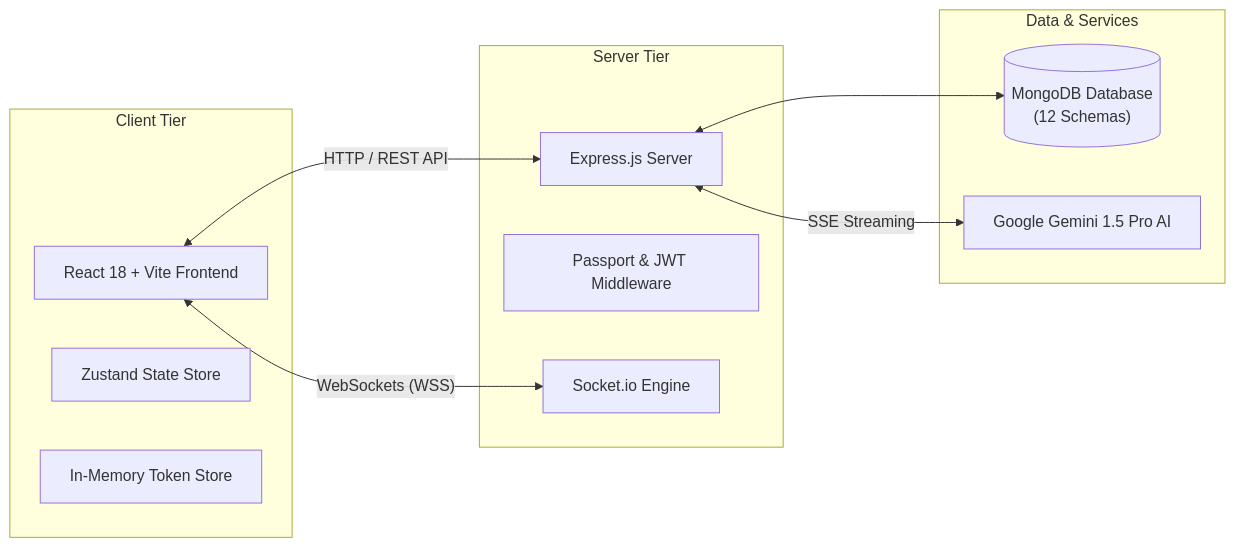
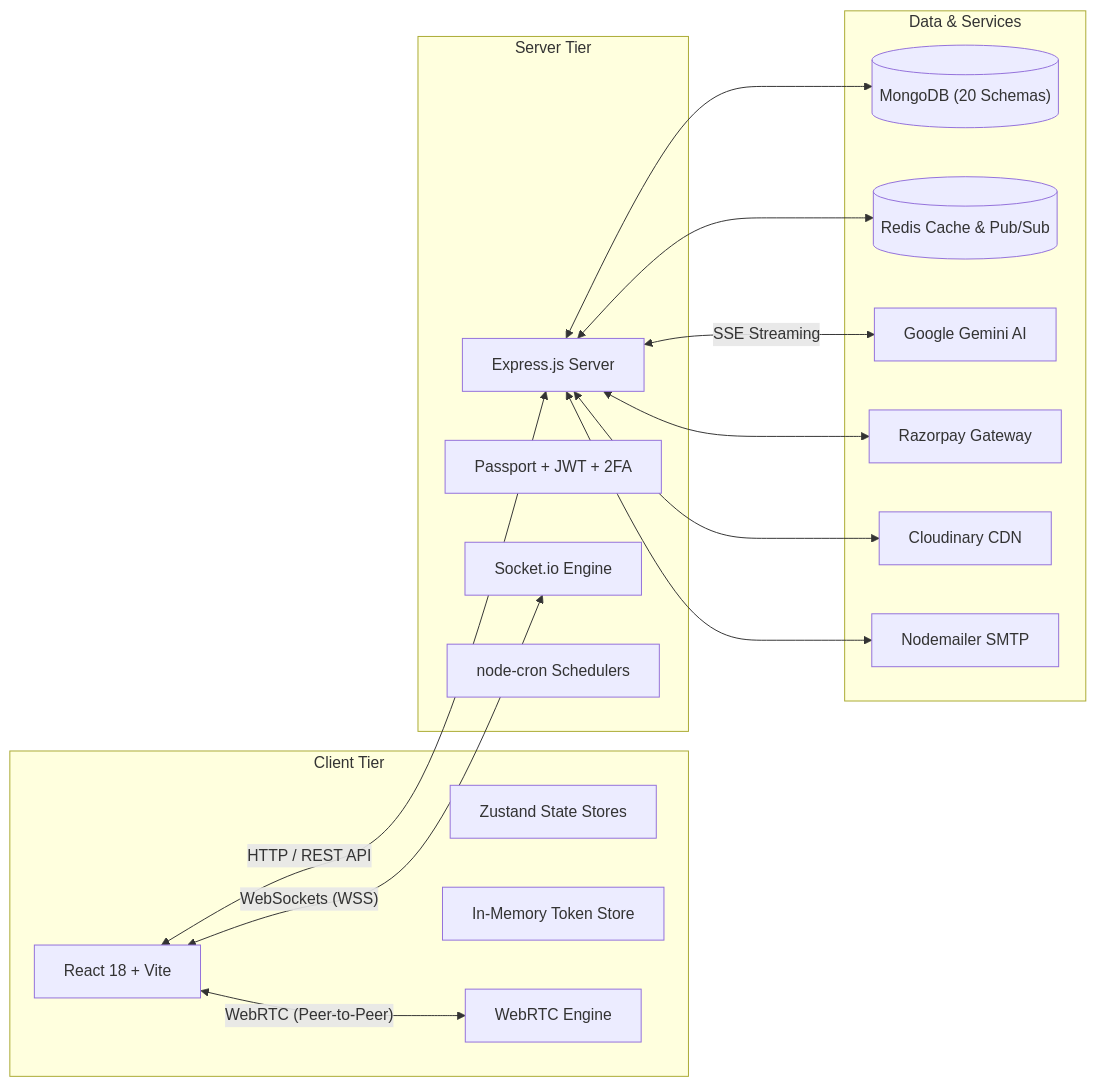
Before and after one commit to Aaryan-9784/Skillora: the second of 3 diagrams in README.md, drawn with Mermaid. The commit also changed other lines of this file and 1 other file, not shown here.

Commit message:
docs: update README with expanded feature list and architecture overview while refining gitignore rules

````diff
--- a/README.md
+++ b/README.md
@@ -105,24 +151,35 @@
 ```mermaid
 graph LR
-    subgraph Client Tier
-        UI["React 18 + Vite Frontend"]
-        Zustand["Zustand State Store"]
+    subgraph Client["Client Tier"]
+        UI["React 18 + Vite"]
+        Zustand["Zustand State Stores"]
         TokenStore["In-Memory Token Store"]
+        WebRTC["WebRTC Engine"]
     end
 
-    subgraph Server Tier
+    subgraph Server["Server Tier"]
         Express["Express.js Server"]
-        Auth["Passport & JWT Middleware"]
+        Auth["Passport + JWT + 2FA"]
         Sockets["Socket.io Engine"]
+        Cron["node-cron Schedulers"]
     end
 
-    subgraph Data & Services
-        Mongo[("MongoDB Database\n(12 Schemas)")]
-        Gemini["Google Gemini 1.5 Pro AI"]
+    subgraph Data["Data & Services"]
+        Mongo[("MongoDB (20 Schemas)")]
+        Redis[("Redis Cache & Pub/Sub")]
+        Gemini["Google Gemini AI"]
+        Razorpay["Razorpay Gateway"]
+        Cloudinary["Cloudinary CDN"]
+        Nodemailer["Nodemailer SMTP"]
     end
 
     UI <-->|"HTTP / REST API"| Express
     UI <-->|"WebSockets (WSS)"| Sockets
+    UI <-->|"WebRTC (Peer-to-Peer)"| WebRTC
     Express <--> Mongo
+    Express <--> Redis
     Express <-->|"SSE Streaming"| Gemini
+    Express <--> Razorpay
+    Express <--> Cloudinary
+    Express <--> Nodemailer
 ```
````
